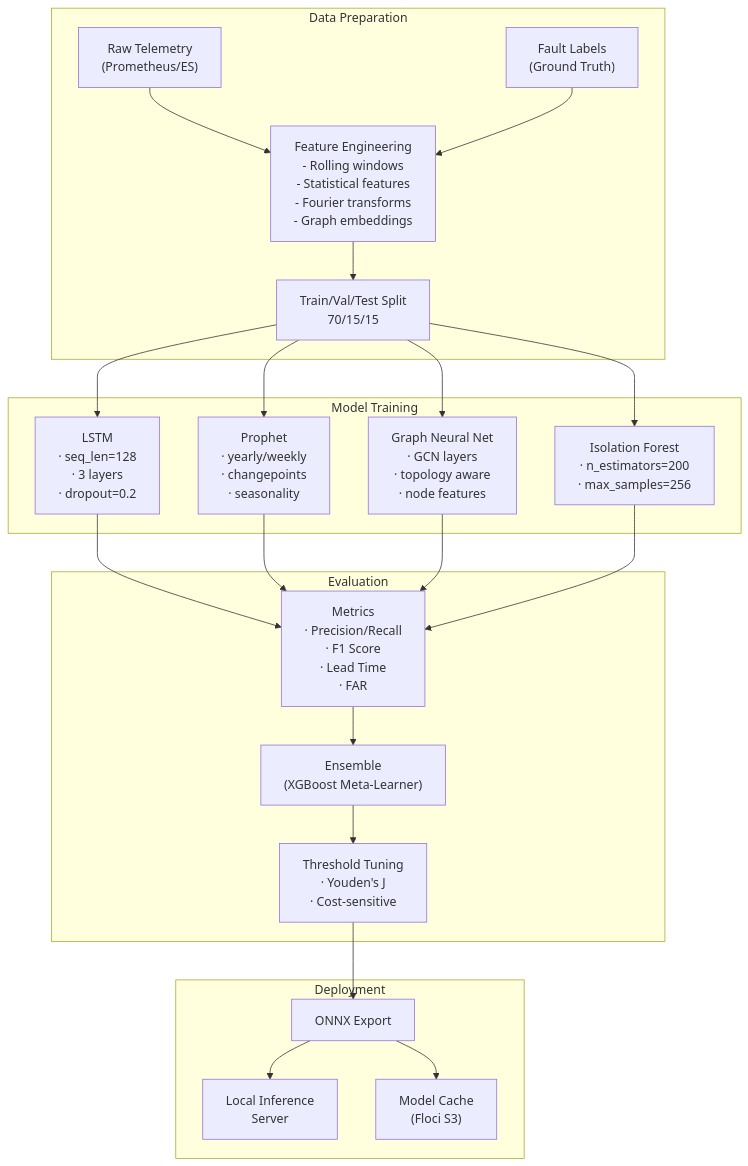
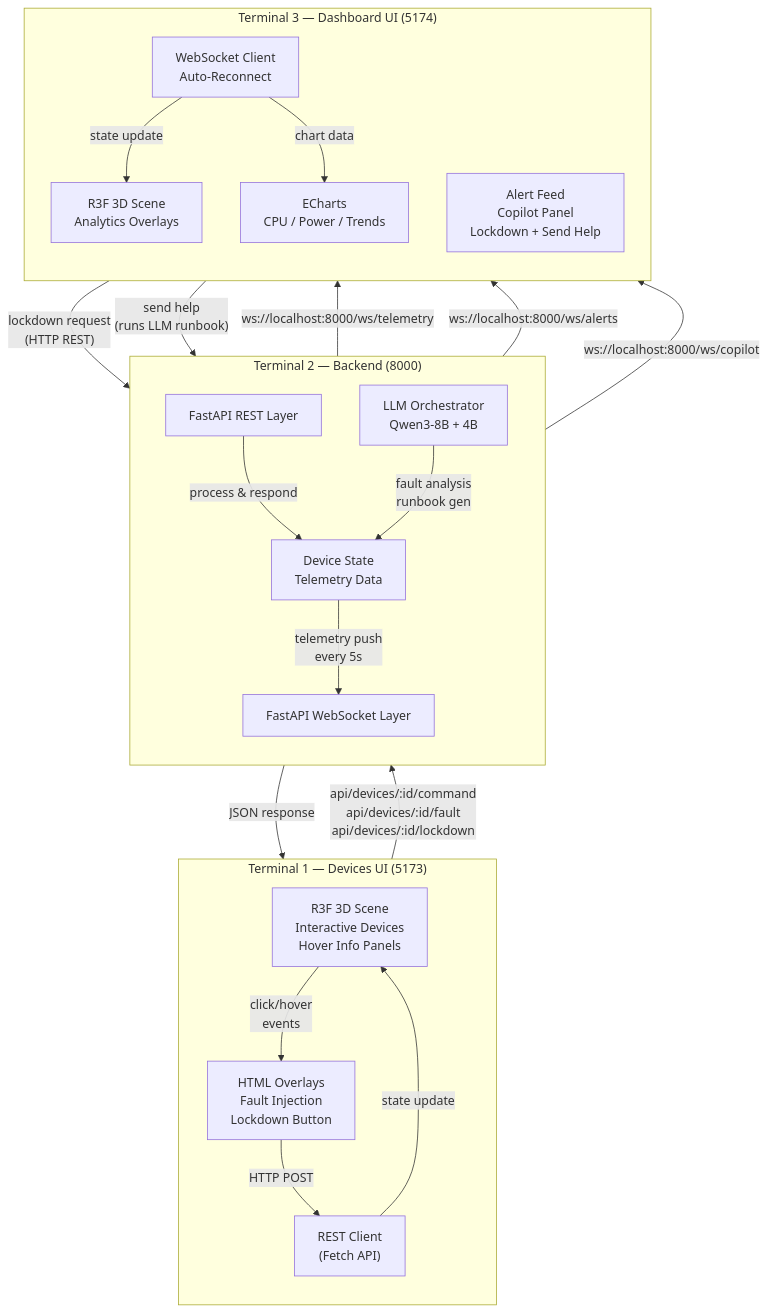
Before and after one commit to ADITYA02NM/ISRO2026: the first of 3 diagrams in info/flow.md, drawn with Mermaid. The commit also changed other lines of this file and 8 other files, not shown here.

First line of the commit message:
3-terminal dual-3D-frontend architecture rewrite

````diff
--- a/info/flow.md
+++ b/info/flow.md
@@ -124,38 +5,42 @@
 ```mermaid
 flowchart TB
-    subgraph DATA["Data Preparation"]
-        RAW["Raw Telemetry<br/>(Prometheus/ES)"]
-        LABELS["Fault Labels<br/>(Ground Truth)"]
-        FEAT["Feature Engineering<br/>- Rolling windows<br/>- Statistical features<br/>- Fourier transforms<br/>- Graph embeddings"]
-        SPLIT["Train/Val/Test Split<br/>70/15/15"]
+    subgraph T1["Terminal 1 — Devices UI (5173)"]
+        direction TB
+        T1_R3F["R3F 3D Scene<br/>Interactive Devices<br/>Hover Info Panels"]
+        T1_UI["HTML Overlays<br/>Fault Injection<br/>Lockdown Button"]
+        T1_REST["REST Client<br/>(Fetch API)"]
     end
 
-    subgraph TRAIN["Model Training"]
-        LSTM_T["LSTM<br/>· seq_len=128<br/>· 3 layers<br/>· dropout=0.2"]
-        PROPHET_T["Prophet<br/>· yearly/weekly<br/>· changepoints<br/>· seasonality"]
-        GNN_T["Graph Neural Net<br/>· GCN layers<br/>· topology aware<br/>· node features"]
-        ISO_T["Isolation Forest<br/>· n_estimators=200<br/>· max_samples=256"]
+    subgraph T2["Terminal 2 — Backend (8000)"]
+        direction TB
+        T2_REST["FastAPI REST Layer"]
+        T2_WS["FastAPI WebSocket Layer"]
+        T2_LLM["LLM Orchestrator<br/>Qwen3-8B + 4B"]
+        T2_DATA["Device State<br/>Telemetry Data"]
     end
 
-    subgraph EVAL["Evaluation"]
-        METRICS["Metrics<br/>· Precision/Recall<br/>· F1 Score<br/>· Lead Time<br/>· FAR"]
-        ENSEMBLE["Ensemble<br/>(XGBoost Meta-Learner)"]
-        THRESHOLD["Threshold Tuning<br/>· Youden's J<br/>· Cost-sensitive"]
+    subgraph T3["Terminal 3 — Dashboard UI (5174)"]
+        direction TB
+        T3_R3F["R3F 3D Scene<br/>Analytics Overlays"]
+        T3_WS["WebSocket Client<br/>Auto-Reconnect"]
+        T3_UI["Alert Feed<br/>Copilot Panel<br/>Lockdown + Send Help"]
+        T3_ECHARTS["ECharts<br/>CPU / Power / Trends"]
     end
 
-    subgraph DEPLOY["Deployment"]
-        ONNX["ONNX Export"]
-        TRITON["Local Inference<br/>Server"]
-        CACHE["Model Cache<br/>(Floci S3)"]
-    end
+    T1_R3F -->|"click/hover<br/>events"| T1_UI
+    T1_UI -->|"HTTP POST"| T1_REST
+    T1_REST -->|"api/devices/:id/command<br/>api/devices/:id/fault<br/>api/devices/:id/lockdown"| T2_REST
+    T2_REST -->|"process & respond"| T2_DATA
+    T2_DATA -->|"JSON response"| T1_REST
+    T1_REST -->|"state update"| T1_R3F
 
-    RAW --> FEAT
-    LABELS --> FEAT
-    FEAT --> SPLIT
-    SPLIT --> LSTM_T & PROPHET_T & GNN_T & ISO_T
-    LSTM_T & PROPHET_T & GNN_T & ISO_T --> METRICS
-    METRICS --> ENSEMBLE
-    ENSEMBLE --> THRESHOLD
-    THRESHOLD --> ONNX
-    ONNX --> TRITON & CACHE
+    T2_DATA -->|"telemetry push<br/>every 5s"| T2_WS
+    T2_LLM -->|"fault analysis<br/>runbook gen"| T2_DATA
+    T2_WS -->|"ws://localhost:8000/ws/telemetry"| T3_WS
+    T2_WS -->|"ws://localhost:8000/ws/alerts"| T3_UI
+    T2_WS -->|"ws://localhost:8000/ws/copilot"| T3_UI
+    T3_WS -->|"state update"| T3_R3F
+    T3_WS -->|"chart data"| T3_ECHARTS
+    T3_UI -->|"lockdown request<br/>(HTTP REST)"| T2_REST
+    T3_UI -->|"send help<br/>(runs LLM runbook)"| T2_LLM
 ```
````
